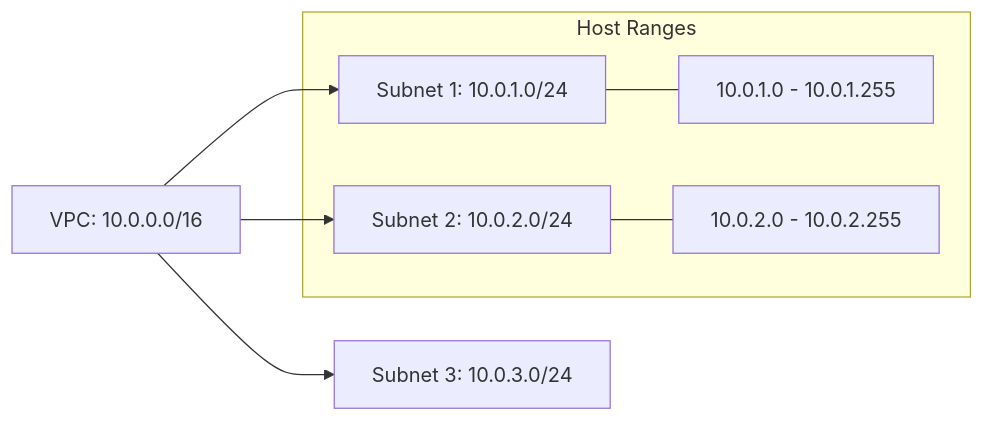
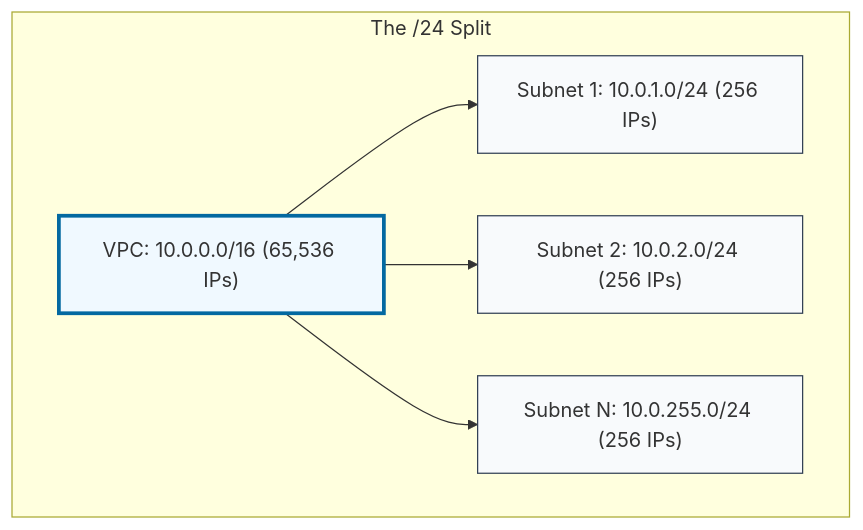
One commit to Ganil151/Devops changed the diagram in 2-Intermediate/01-Phase-1/01-Networking/02-Subnetting-and-CIDR/02-CIDR-Math-and-Calculation/README.md. Above: the diagram before and after it, drawn with Mermaid. The commit also changed other lines of this file and 51 other files, not shown here.

````diff
--- a/2-Intermediate/01-Phase-1/01-Networking/02-Subnetting-and-CIDR/02-CIDR-Math-and-Calculation/README.md
+++ b/2-Intermediate/01-Phase-1/01-Networking/02-Subnetting-and-CIDR/02-CIDR-Math-and-Calculation/README.md
@@ -37,11 +5,19 @@
 ```mermaid
-graph LR
-    VPC["VPC: 10.0.0.0/16"] --> S1["Subnet 1: 10.0.1.0/24"]
-    VPC --> S2["Subnet 2: 10.0.2.0/24"]
-    VPC --> S3["Subnet 3: 10.0.3.0/24"]
+graph TD
+    subgraph CIDR_Logic[The /24 Split]
+        VPC["VPC: 10.0.0.0/16 (65,536 IPs)"]
+        
+        Sub1["Subnet 1: 10.0.1.0/24 (256 IPs)"]
+        Sub2["Subnet 2: 10.0.2.0/24 (256 IPs)"]
+        SubN["Subnet N: 10.0.255.0/24 (256 IPs)"]
+        
+        VPC --> Sub1
+        VPC --> Sub2
+        VPC --> SubN
+    end
 
-subgraph "Host Ranges"
-    S1 --- R1["10.0.1.0 - 10.0.1.255"]
-    S2 --- R2["10.0.2.0 - 10.0.2.255"]
-    end
+    style VPC fill:#f0f9ff,stroke:#0369a1,stroke-width:3px
+    style Sub1 fill:#f8fafc,stroke:#334155
+    style Sub2 fill:#f8fafc,stroke:#334155
+    style SubN fill:#f8fafc,stroke:#334155
 ```
````
